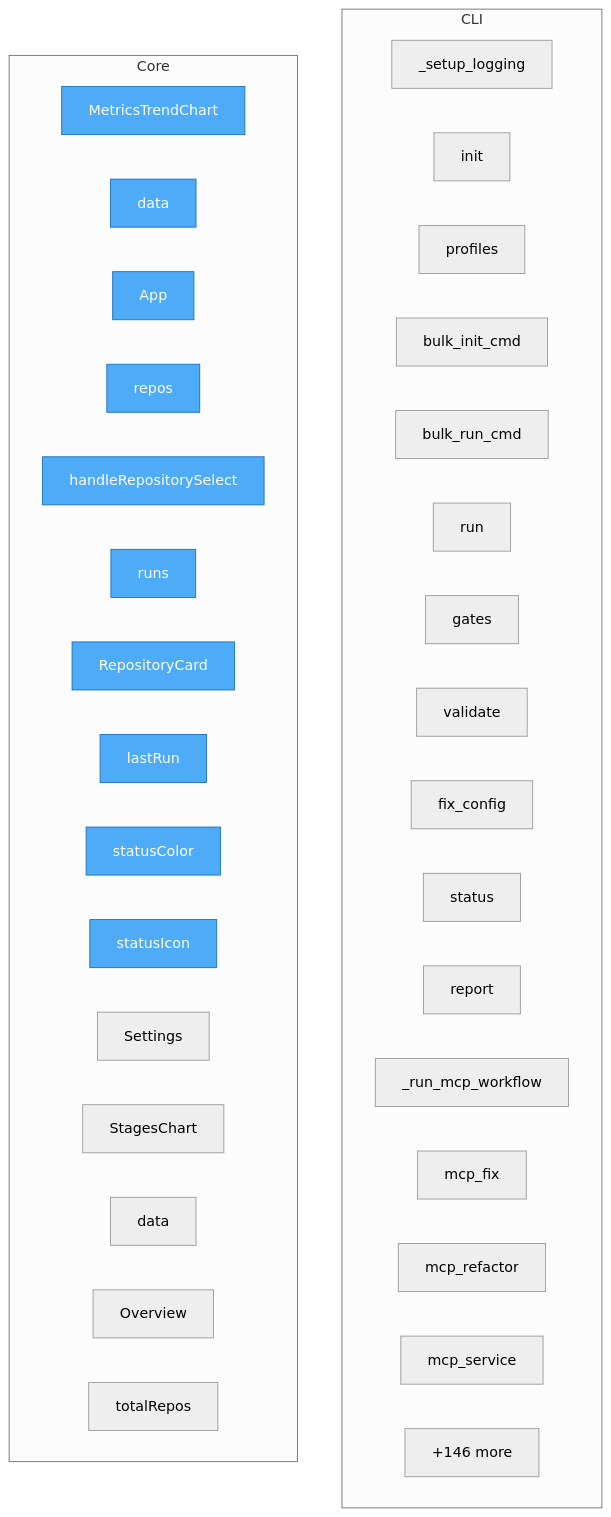
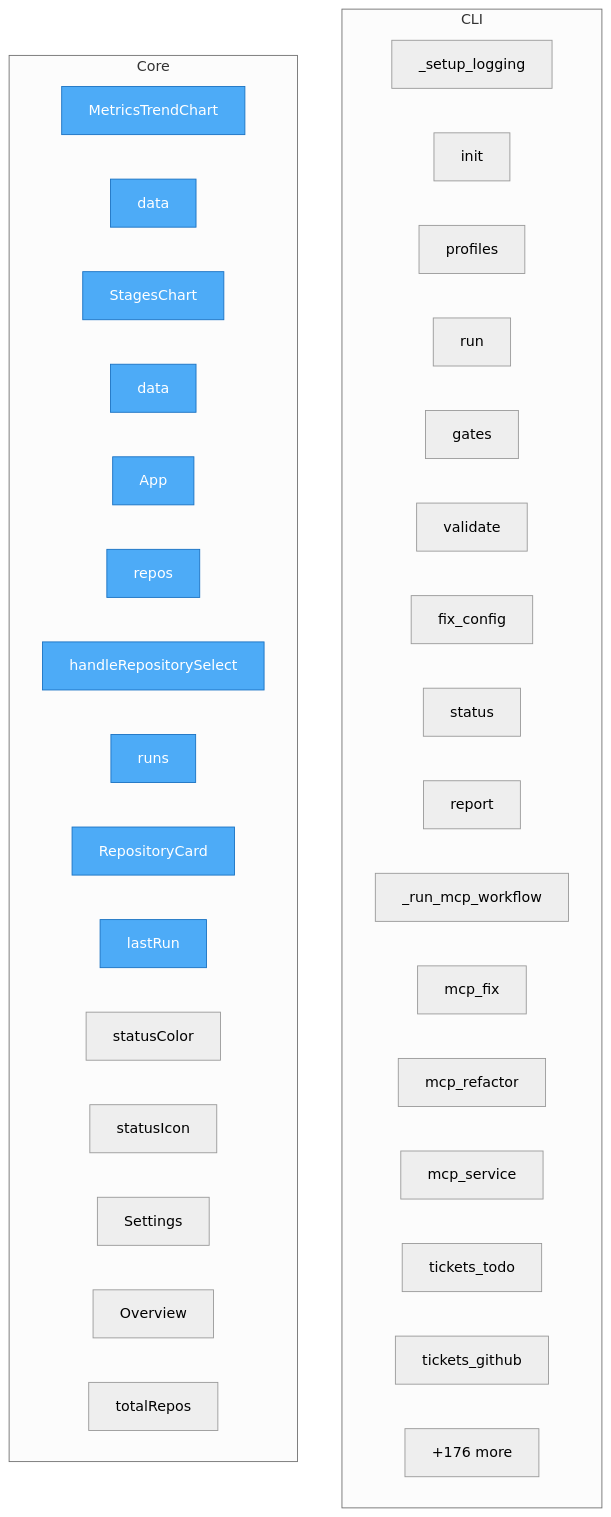
The diagram in project/flow.mmd (semcod/pyqual), drawn with Mermaid (neutral theme) before and after one commit. The commit also changed 37 other files, not shown here.

```diff
--- a/project/flow.mmd
+++ b/project/flow.mmd
@@ -1,44 +1,44 @@
 flowchart TD
 
     %% Entry points (blue)
     classDef entry fill:#4dabf7,stroke:#1971c2,color:#fff
 
     subgraph CLI
         pyqual__cli___setup_logging["_setup_logging"]
         pyqual__cli__init["init"]
         pyqual__cli__profiles["profiles"]
-        pyqual__cli__bulk_init_cmd["bulk_init_cmd"]
-        pyqual__cli__bulk_run_cmd["bulk_run_cmd"]
         pyqual__cli__run["run"]
         pyqual__cli__gates["gates"]
         pyqual__cli__validate["validate"]
         pyqual__cli__fix_config["fix_config"]
         pyqual__cli__status["status"]
         pyqual__cli__report["report"]
         pyqual__cli___run_mcp_workflow["_run_mcp_workflow"]
         pyqual__cli__mcp_fix["mcp_fix"]
         pyqual__cli__mcp_refactor["mcp_refactor"]
         pyqual__cli__mcp_service["mcp_service"]
+        pyqual__cli__tickets_todo["tickets_todo"]
+        pyqual__cli__tickets_github["tickets_github"]
         ...["+33 more"]
     end
 
     subgraph Core
         dashboard__src__components__MetricsTrendChart__MetricsTrendChart["MetricsTrendChart"]
         dashboard__src__components__MetricsTrendChart__data["data"]
+        dashboard__src__components__StagesChart__StagesChart["StagesChart"]
+        dashboard__src__components__StagesChart__data["data"]
         dashboard__src__App__App["App"]
         dashboard__src__App__repos["repos"]
         dashboard__src__App__handleRepositorySelect["handleRepositorySelect"]
         dashboard__src__App__runs["runs"]
         dashboard__src__App__RepositoryCard["RepositoryCard"]
         dashboard__src__App__lastRun["lastRun"]
         dashboard__src__App__statusColor["statusColor"]
         dashboard__src__App__statusIcon["statusIcon"]
         dashboard__src__components__Settings__Settings["Settings"]
-        dashboard__src__components__StagesChart__StagesChart["StagesChart"]
-        dashboard__src__components__StagesChart__data["data"]
         dashboard__src__components__Overview__Overview["Overview"]
         dashboard__src__components__Overview__totalRepos["totalRepos"]
-        ...["+146 more"]
+        ...["+176 more"]
     end
 
-    class dashboard__src__components__MetricsTrendChart__MetricsTrendChart,dashboard__src__components__MetricsTrendChart__data,dashboard__src__App__App,dashboard__src__App__repos,dashboard__src__App__handleRepositorySelect,dashboard__src__App__runs,dashboard__src__App__RepositoryCard,dashboard__src__App__lastRun,dashboard__src__App__statusColor,dashboard__src__App__statusIcon entry
+    class dashboard__src__components__MetricsTrendChart__MetricsTrendChart,dashboard__src__components__MetricsTrendChart__data,dashboard__src__components__StagesChart__StagesChart,dashboard__src__components__StagesChart__data,dashboard__src__App__App,dashboard__src__App__repos,dashboard__src__App__handleRepositorySelect,dashboard__src__App__runs,dashboard__src__App__RepositoryCard,dashboard__src__App__lastRun entry
```
